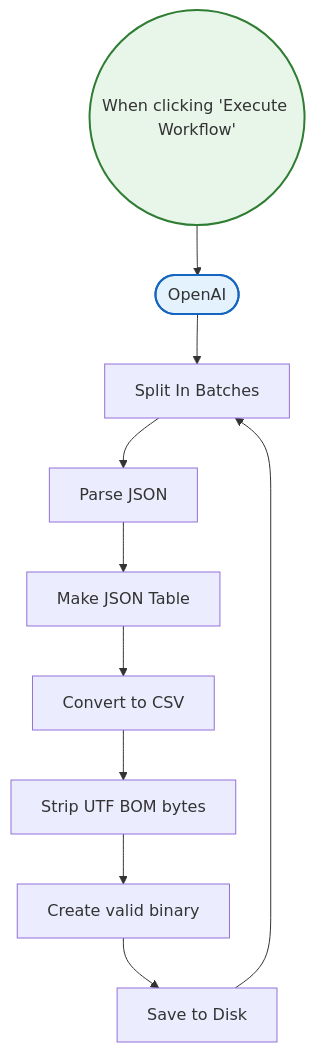
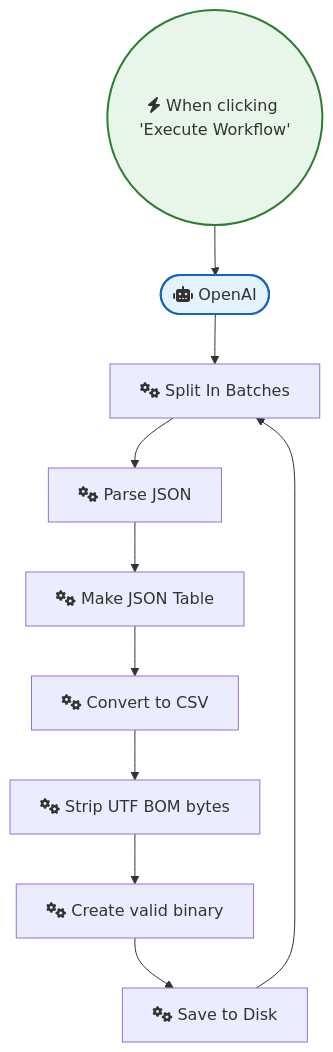
The diagram in PDF_and_Document_Processing/Prepare Csv Files with Gpt-4.md (sreyash3105/N8N-DEMO-AUTOMATIONS), drawn with Mermaid before and after one commit. The commit also changed 291 other files, not shown here.

````diff
--- a/PDF_and_Document_Processing/Prepare Csv Files with Gpt-4.md
+++ b/PDF_and_Document_Processing/Prepare Csv Files with Gpt-4.md
@@ -1,26 +1,26 @@
 ```mermaid
 graph TD
     classDef trigger fill:#e8f5e9,stroke:#2e7d32,stroke-width:2px;
     classDef ai fill:#e3f2fd,stroke:#1565c0,stroke-width:2px;
     classDef logic fill:#fff3e0,stroke:#ef6c00,stroke-width:2px;
 
-    When_clicking__Execute_Workflow_(("When clicking 'Execute Workflow'")):::trigger
-    OpenAI(["OpenAI"]):::ai
-    Split_In_Batches["Split In Batches"]
-    Parse_JSON["Parse JSON"]
-    Make_JSON_Table["Make JSON Table"]
-    Convert_to_CSV["Convert to CSV"]
-    Save_to_Disk["Save to Disk"]
-    Strip_UTF_BOM_bytes["Strip UTF BOM bytes"]
-    Create_valid_binary["Create valid binary"]
+    When_clicking__Execute_Workflow_(("fas:fa-bolt When clicking 'Execute Workflow'")):::trigger
+    OpenAI(["fas:fa-robot OpenAI"]):::ai
+    Split_In_Batches["fas:fa-cogs Split In Batches"]
+    Parse_JSON["fas:fa-cogs Parse JSON"]
+    Make_JSON_Table["fas:fa-cogs Make JSON Table"]
+    Convert_to_CSV["fas:fa-cogs Convert to CSV"]
+    Save_to_Disk["fas:fa-cogs Save to Disk"]
+    Strip_UTF_BOM_bytes["fas:fa-cogs Strip UTF BOM bytes"]
+    Create_valid_binary["fas:fa-cogs Create valid binary"]
 
     OpenAI --> Split_In_Batches
     Parse_JSON --> Make_JSON_Table
     Save_to_Disk --> Split_In_Batches
     Convert_to_CSV --> Strip_UTF_BOM_bytes
     Make_JSON_Table --> Convert_to_CSV
     Split_In_Batches --> Parse_JSON
     Create_valid_binary --> Save_to_Disk
     Strip_UTF_BOM_bytes --> Create_valid_binary
     When_clicking__Execute_Workflow_ --> OpenAI
 ```
````
